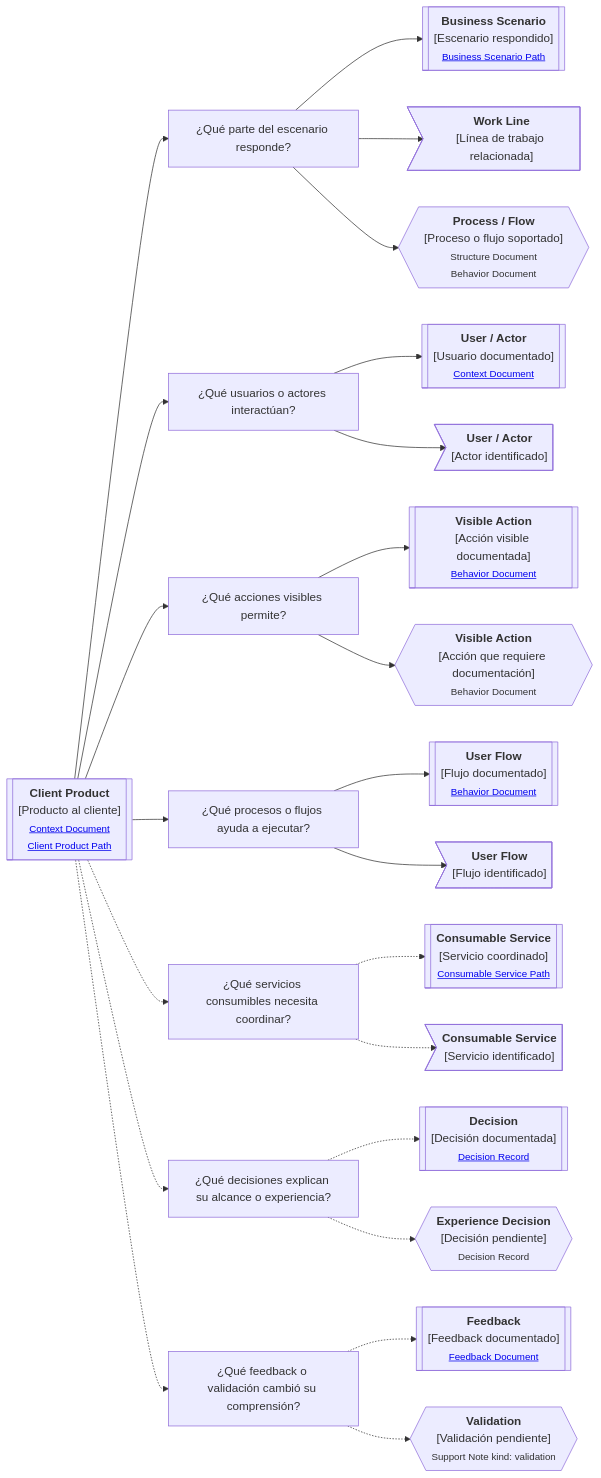
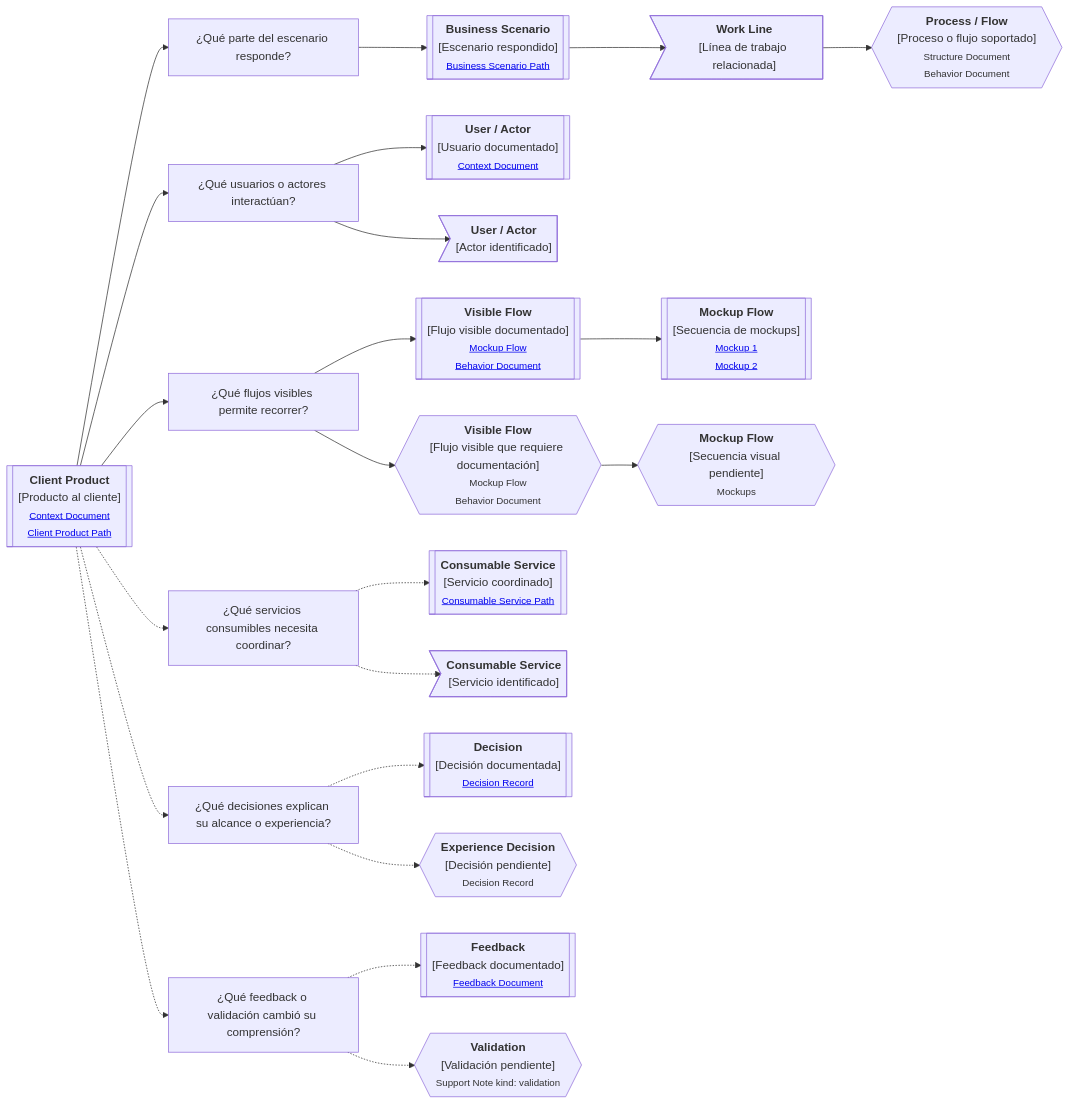
One commit to vslices/docs changed the diagram in docs/es/alive-lab/research/notes/docs-standard/artifacts/continuity-paths/core/client-product.md. Above: the diagram before and after it, drawn with Mermaid. The commit also changed other lines of this file and 10 other files, not shown here.

````diff
--- a/docs/es/alive-lab/research/notes/docs-standard/artifacts/continuity-paths/core/client-product.md
+++ b/docs/es/alive-lab/research/notes/docs-standard/artifacts/continuity-paths/core/client-product.md
@@ -41,55 +41,33 @@
 ```mermaid
 flowchart LR
     A[["<b>Client Product</b><br/>[Producto al cliente]<br/><small><a href='link'>Context Document</a><br/><a href='link'>Client Product Path</a></small>"]]
 
-    P1["¿Qué parte del escenario responde?"]
-    P2["¿Qué usuarios o actores interactúan?"]
-    P3["¿Qué acciones visibles permite?"]
-    P4["¿Qué procesos o flujos ayuda a ejecutar?"]
-    P5["¿Qué servicios consumibles necesita coordinar?"]
-    P6["¿Qué decisiones explican su alcance o experiencia?"]
-    P7["¿Qué feedback o validación cambió su comprensión?"]
+    A --> P1["¿Qué parte del escenario responde?"]
+    A --> P2["¿Qué usuarios o actores interactúan?"]
+    A --> P3["¿Qué flujos visibles permite recorrer?"]
+    A -.-> P4["¿Qué servicios consumibles necesita coordinar?"]
+    A -.-> P5["¿Qué decisiones explican su alcance o experiencia?"]
+    A -.-> P6["¿Qué feedback o validación cambió su comprensión?"]
 
-    BS1[["<b>Business Scenario</b><br/>[Escenario respondido]<br/><small><a href='link'>Business Scenario Path</a></small>"]]
-    WL1>"<b>Work Line</b><br/>[Línea de trabajo relacionada]"]
-    PR1{{"<b>Process / Flow</b><br/>[Proceso o flujo soportado]<br/><small>Structure Document<br/>Behavior Document</small>"}}
+    P1 --> BS1[["<b>Business Scenario</b><br/>[Escenario respondido]<br/><small><a href='link'>Business Scenario Path</a></small>"]]
+    BS1 --> WL1>"<b>Work Line</b><br/>[Línea de trabajo relacionada]"]
+    WL1 --> PR1{{"<b>Process / Flow</b><br/>[Proceso o flujo soportado]<br/><small>Structure Document<br/>Behavior Document</small>"}}
 
-    U1[["<b>User / Actor</b><br/>[Usuario documentado]<br/><small><a href='link'>Context Document</a></small>"]]
-    U2>"<b>User / Actor</b><br/>[Actor identificado]"]
+    P2 --> U1[["<b>User / Actor</b><br/>[Usuario documentado]<br/><small><a href='link'>Context Document</a></small>"]]
+    P2 --> U2>"<b>User / Actor</b><br/>[Actor identificado]"]
 
-    A1[["<b>Visible Action</b><br/>[Acción visible documentada]<br/><small><a href='link'>Behavior Document</a></small>"]]
-    A2{{"<b>Visible Action</b><br/>[Acción que requiere documentación]<br/><small>Behavior Document</small>"}}
+    P3 --> VF1[["<b>Visible Flow</b><br/>[Flujo visible documentado]<br/><small><a href='link'>Mockup Flow</a><br/><a href='link'>Behavior Document</a></small>"]]
+    P3 --> VF2{{"<b>Visible Flow</b><br/>[Flujo visible que requiere documentación]<br/><small>Mockup Flow<br/>Behavior Document</small>"}}
 
-    F1[["<b>User Flow</b><br/>[Flujo documentado]<br/><small><a href='link'>Behavior Document</a></small>"]]
-    F2>"<b>User Flow</b><br/>[Flujo identificado]"]
+    VF1 --> MF1[["<b>Mockup Flow</b><br/>[Secuencia de mockups]<br/><small><a href='link'>Mockup 1</a><br/><a href='link'>Mockup 2</a></small>"]]
+    VF2 --> MF2{{"<b>Mockup Flow</b><br/>[Secuencia visual pendiente]<br/><small>Mockups</small>"}}
 
-    S1[["<b>Consumable Service</b><br/>[Servicio coordinado]<br/><small><a href='link'>Consumable Service Path</a></small>"]]
-    S2>"<b>Consumable Service</b><br/>[Servicio identificado]"]
+    P4 -.-> S1[["<b>Consumable Service</b><br/>[Servicio coordinado]<br/><small><a href='link'>Consumable Service Path</a></small>"]]
+    P4 -.-> S2>"<b>Consumable Service</b><br/>[Servicio identificado]"]
 
-    D1[["<b>Decision</b><br/>[Decisión documentada]<br/><small><a href='link'>Decision Record</a></small>"]]
-    D2{{"<b>Experience Decision</b><br/>[Decisión pendiente]<br/><small>Decision Record</small>"}}
+    P5 -.-> D1[["<b>Decision</b><br/>[Decisión documentada]<br/><small><a href='link'>Decision Record</a></small>"]]
+    P5 -.-> D2{{"<b>Experience Decision</b><br/>[Decisión pendiente]<br/><small>Decision Record</small>"}}
 
-    FB1[["<b>Feedback</b><br/>[Feedback documentado]<br/><small><a href='link'>Feedback Document</a></small>"]]
-    V1{{"<b>Validation</b><br/>[Validación pendiente]<br/><small>Support Note kind: validation</small>"}}
-
-    A --> P1
-    P1 --> BS1 & WL1 & PR1
-
-    A --> P2
-    P2 --> U1 & U2
-
-    A --> P3
-    P3 --> A1 & A2
-
-    A --> P4
-    P4 --> F1 & F2
-
-    A -.-> P5
-    P5 -.-> S1 & S2
-
-    A -.-> P6
-    P6 -.-> D1 & D2
-
-    A -.-> P7
-    P7 -.-> FB1 & V1
+    P6 -.-> FB1[["<b>Feedback</b><br/>[Feedback documentado]<br/><small><a href='link'>Feedback Document</a></small>"]]
+    P6 -.-> V1{{"<b>Validation</b><br/>[Validación pendiente]<br/><small>Support Note kind: validation</small>"}}
 ```
````
